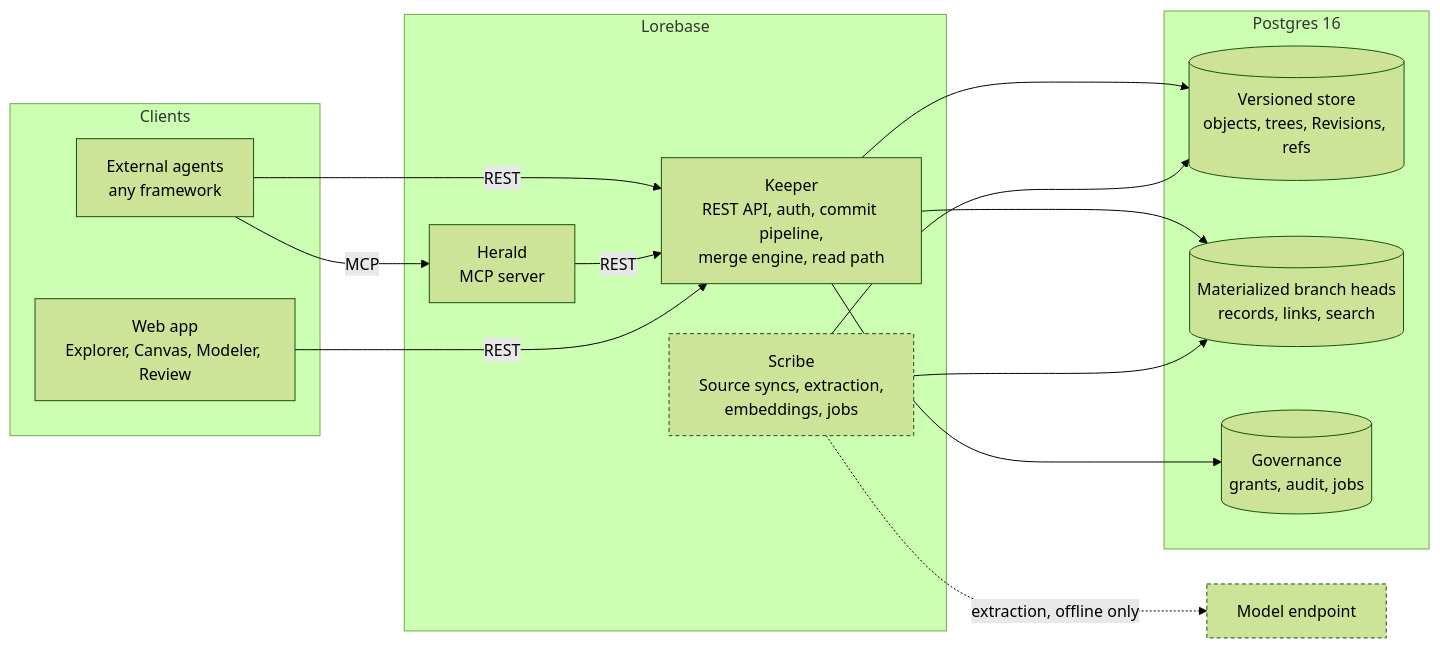
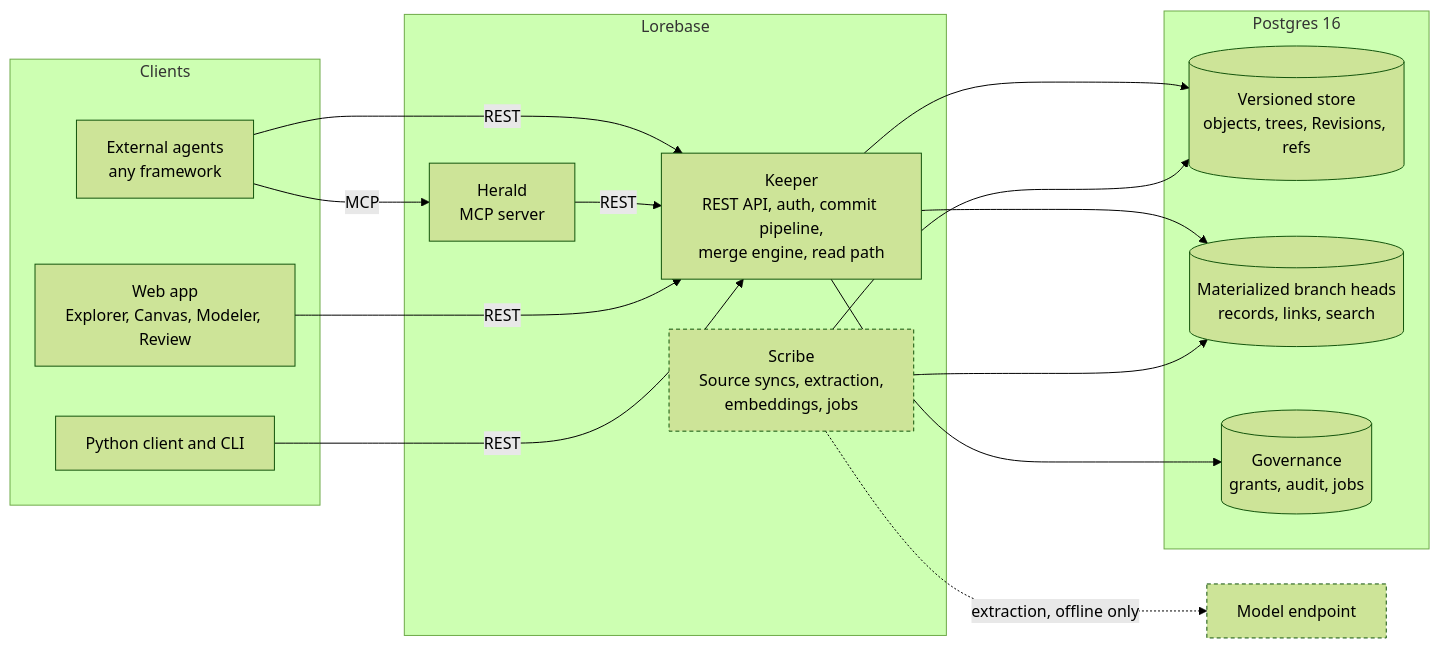
The diagram in README.md (aantenore/lorebase), drawn with Mermaid (forest theme) before and after one commit. The commit also changed other lines of this file and 3 other files, not shown here.

Commit message:
Mark the Python client and the CLI as done in the docs

````diff
--- a/README.md
+++ b/README.md
@@ -136,32 +136,34 @@
 ```mermaid
 flowchart LR
   subgraph Clients
     A1[External agents<br/>any framework]
     A2[Web app<br/>Explorer, Canvas, Modeler, Review]
+    A3[Python client and CLI]
   end
 
   subgraph Lorebase
     H[Herald<br/>MCP server]
     K[Keeper<br/>REST API, auth, commit pipeline,<br/>merge engine, read path]
     S[Scribe<br/>Source syncs, extraction,<br/>embeddings, jobs]:::planned
   end
 
   subgraph PG[Postgres 16]
     V[(Versioned store<br/>objects, trees, Revisions, refs)]
     M[(Materialized branch heads<br/>records, links, search)]
     G[(Governance<br/>grants, audit, jobs)]
   end
 
   A1 -- MCP --> H
   A1 -- REST --> K
   H -- REST --> K
   A2 -- REST --> K
+  A3 -- REST --> K
   K --> V
   K --> M
   K --> G
   S --> V
   S --> M
   S -. extraction, offline only .-> L[Model endpoint]:::planned
 
   classDef planned stroke-dasharray: 4 3
 ```
````
